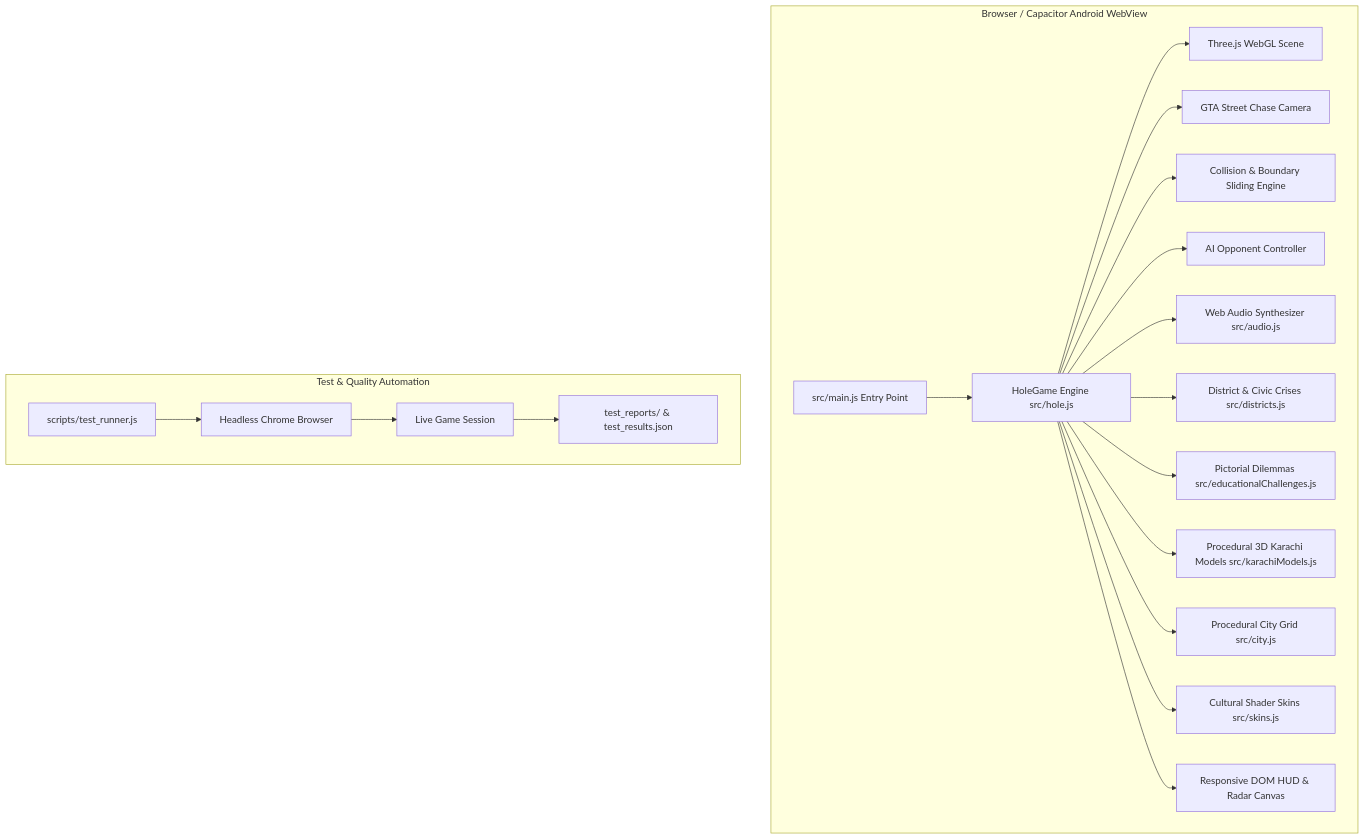
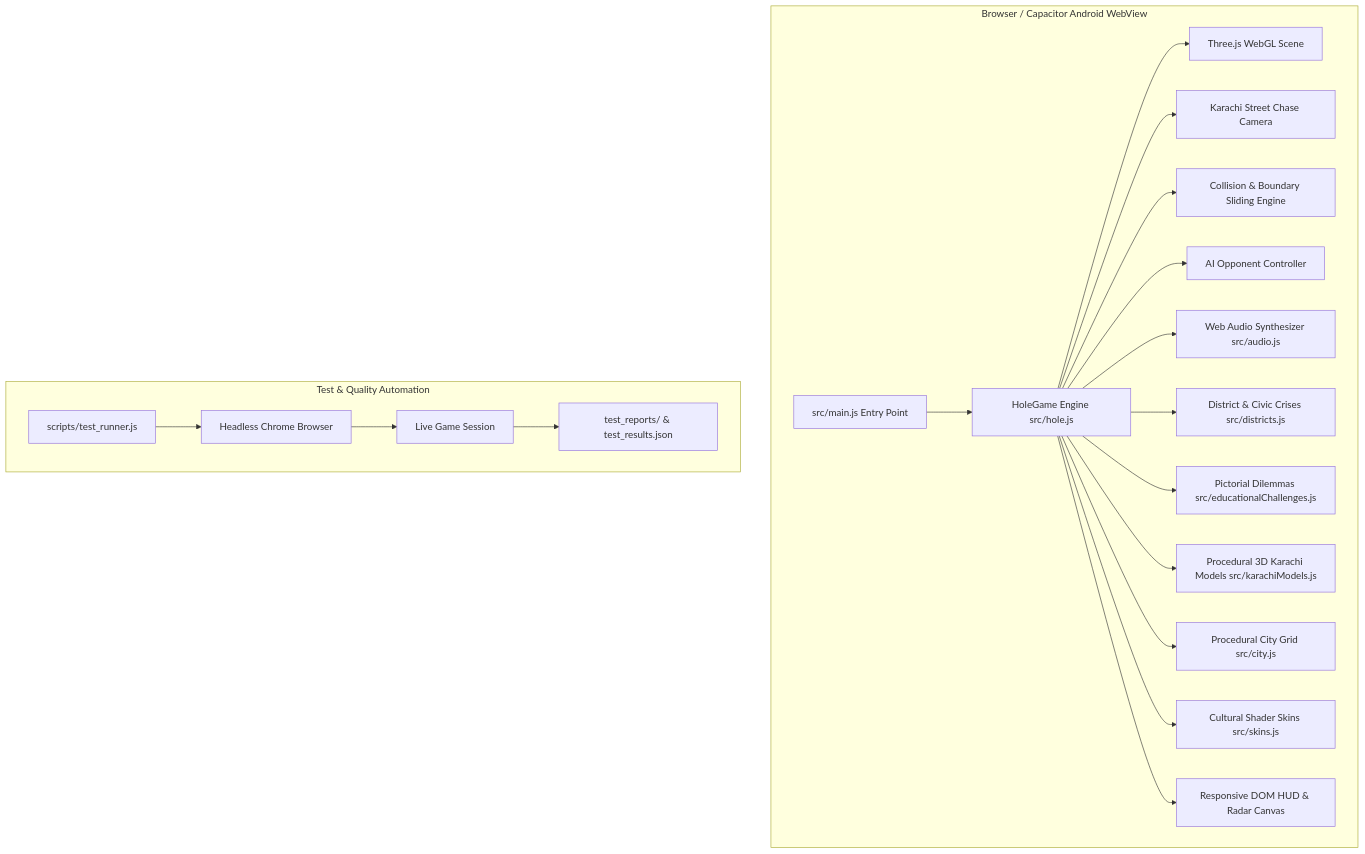
The diagram in docs/ARCHITECTURE.md (itsjohn9-cell/karachi.hole), drawn with Mermaid before and after one commit. The commit also changed other lines of this file and 63 other files, not shown here.

````diff
--- a/docs/ARCHITECTURE.md
+++ b/docs/ARCHITECTURE.md
@@ -9,26 +9,26 @@
 ```mermaid
 graph TD
     subgraph Browser / Capacitor Android WebView
         Boot[src/main.js Entry Point] --> Core[HoleGame Engine src/hole.js]
         
         Core --> SceneGraph[Three.js WebGL Scene]
-        Core --> CameraSystem[GTA Street Chase Camera]
+        Core --> CameraSystem[Karachi Street Chase Camera]
         Core --> Physics[Collision & Boundary Sliding Engine]
         Core --> AI[AI Opponent Controller]
         Core --> Audio[Web Audio Synthesizer src/audio.js]
         
         Core --> DistrictEngine[District & Civic Crises src/districts.js]
         Core --> QuizEngine[Pictorial Dilemmas src/educationalChallenges.js]
         Core --> Landmarks[Procedural 3D Karachi Models src/karachiModels.js]
         Core --> CityGen[Procedural City Grid src/city.js]
         Core --> Skins[Cultural Shader Skins src/skins.js]
         
         Core --> HUD[Responsive DOM HUD & Radar Canvas]
     end
     
     subgraph Test & Quality Automation
         TestRunner[scripts/test_runner.js] --> HeadlessChrome[Headless Chrome Browser]
         HeadlessChrome --> VirtualDOM[Live Game Session]
         VirtualDOM --> TestReports[test_reports/ & test_results.json]
     end
 ```
````
